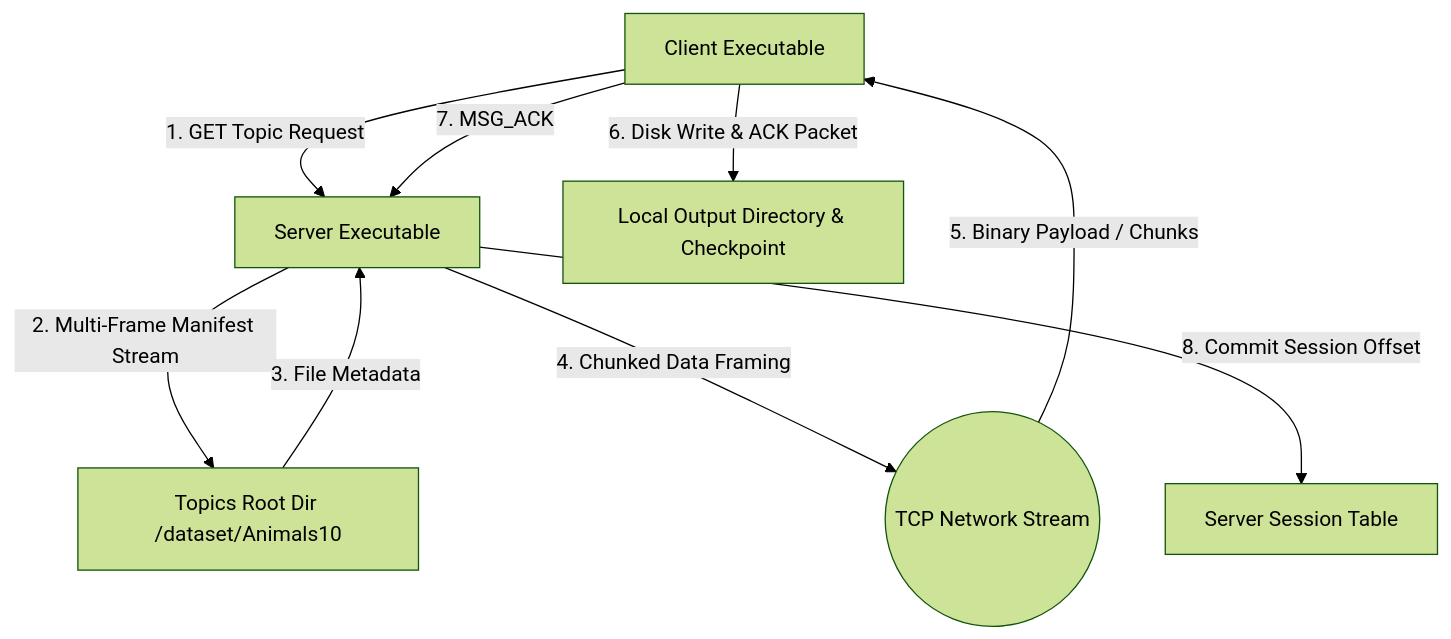
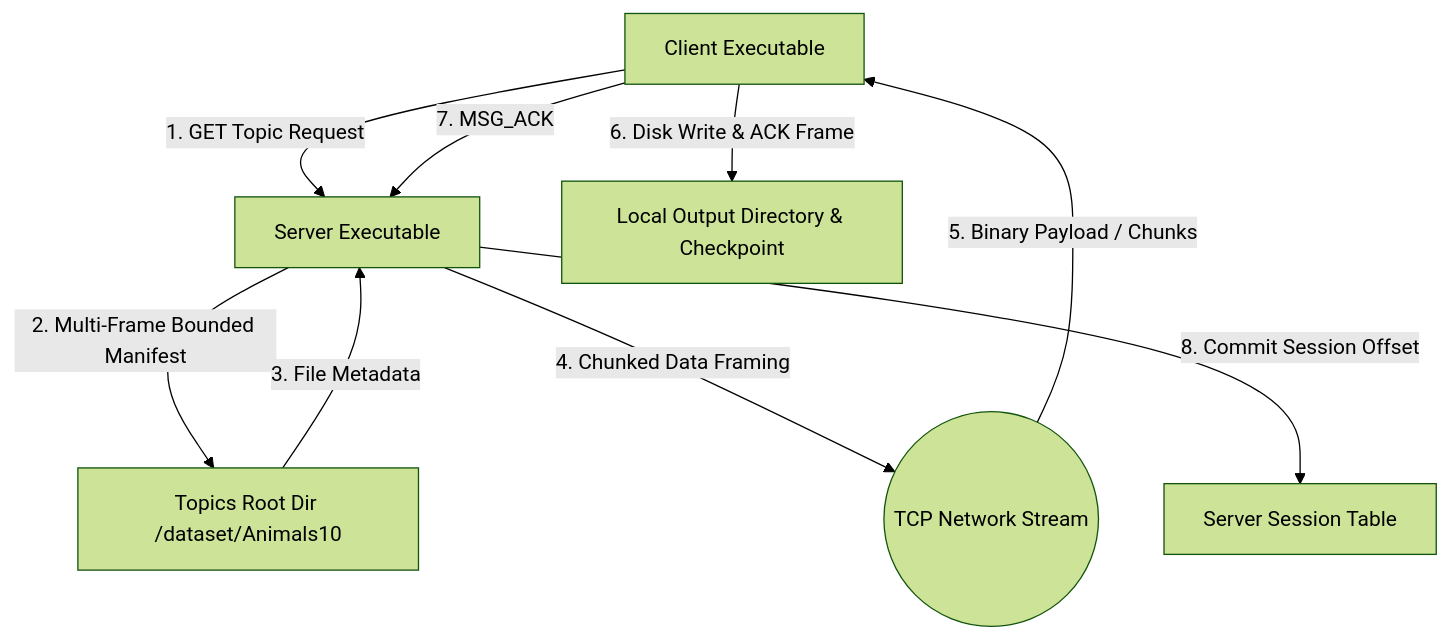
The first of 2 diagrams in docs/ARCHITECTURE.md (peaceparadise7-kb/IT305-Socket-Programming), drawn with Mermaid (forest theme) before and after one commit. The commit also changed other lines of this file and 7 other files, not shown here.

````diff
--- a/docs/ARCHITECTURE.md
+++ b/docs/ARCHITECTURE.md
@@ -14,11 +14,11 @@
 ```mermaid
 graph TD
     Client[Client Executable] -->|1. GET Topic Request| Server[Server Executable]
-    Server -->|2. Multi-Frame Manifest Stream| Directory[Topics Root Dir /dataset/Animals10]
+    Server -->|2. Multi-Frame Bounded Manifest| Directory[Topics Root Dir /dataset/Animals10]
     Directory -->|3. File Metadata| Server
     Server -->|4. Chunked Data Framing| Net((TCP Network Stream))
     Net -->|5. Binary Payload / Chunks| Client
-    Client -->|6. Disk Write & ACK Packet| LocalFS[Local Output Directory & Checkpoint]
+    Client -->|6. Disk Write & ACK Frame| LocalFS[Local Output Directory & Checkpoint]
     Client -->|7. MSG_ACK| Server
     Server -->|8. Commit Session Offset| SessionTable[Server Session Table]
 ```
````
